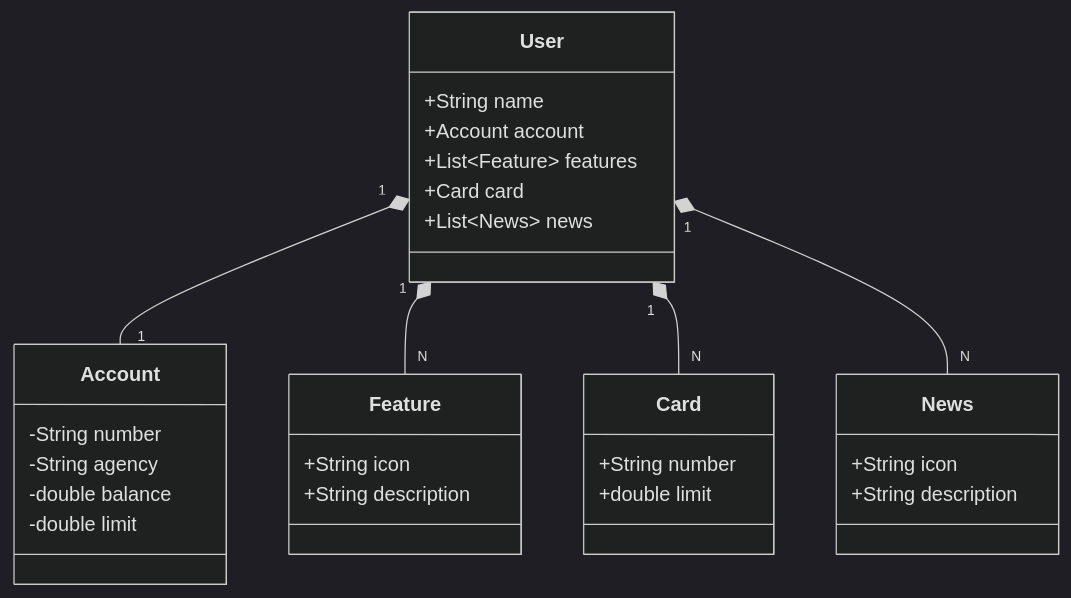
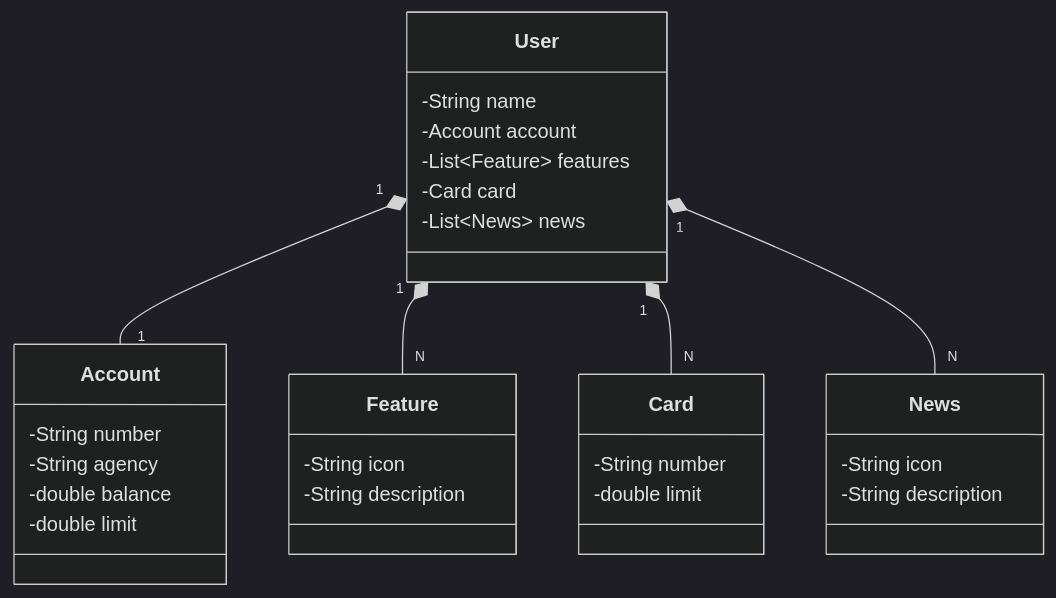
One commit to LucasMauric/RESTful-API- changed the diagram in README.md. Above: the diagram before and after it, drawn with Mermaid (dark theme).

````diff
--- a/README.md
+++ b/README.md
@@ -4,37 +4,37 @@
 ```mermaid
 classDiagram
     class User {
-        +String name
-        +Account account
-        +List~Feature~ features
-        +Card card
-        +List~News~ news
+        -String name
+        -Account account
+        -List~Feature~ features
+        -Card card
+        -List~News~ news
     }
 
     class Account {
         -String number
         -String agency
         -double balance
         -double limit
     }
 
     class Feature {
-        +String icon
-        +String description
+        -String icon
+        -String description
     }
 
     class Card {
-        +String number
-        +double limit
+        -String number
+        -double limit
     }
 
     class News {
-        +String icon
-        +String description
+        -String icon
+        -String description
     }
 
     User "1" *-- "1" Account
     User "1" *-- "N" Feature
     User "1" *-- "N" Card
     User "1" *-- "N" News
 ```
````
